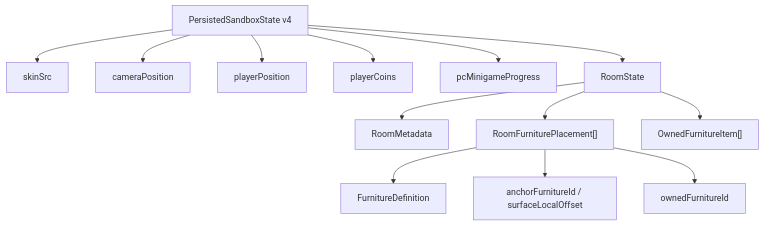
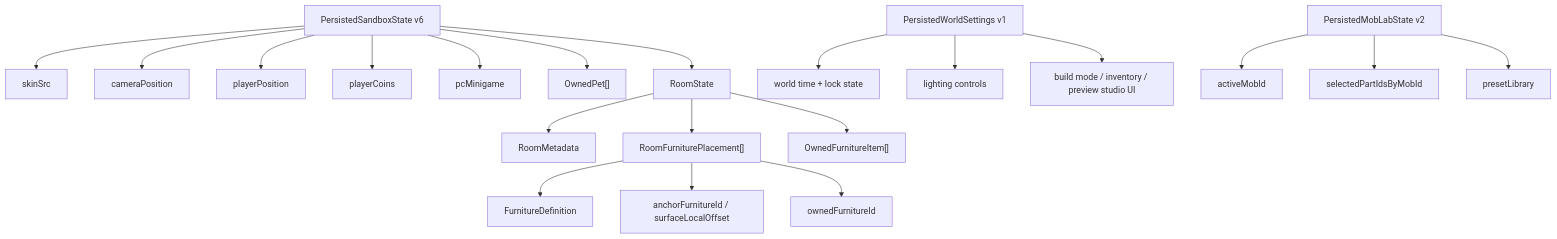
Before and after one commit to Erlavush/FAHHH: the second of 6 diagrams in docs/DIAGRAMS.md, drawn with Mermaid. The commit also changed other lines of this file and 78 other files, not shown here.

````diff
--- a/docs/DIAGRAMS.md
+++ b/docs/DIAGRAMS.md
@@ -27,17 +33,26 @@
 ```mermaid
 flowchart TD
-  Sandbox["PersistedSandboxState v4"] --> Skin["skinSrc"]
+  Sandbox["PersistedSandboxState v6"] --> Skin["skinSrc"]
   Sandbox --> Camera["cameraPosition"]
   Sandbox --> Player["playerPosition"]
   Sandbox --> Coins["playerCoins"]
-  Sandbox --> Pc["pcMinigameProgress"]
+  Sandbox --> Pc["pcMinigame"]
+  Sandbox --> Pets["OwnedPet[]"]
   Sandbox --> Room["RoomState"]
 
   Room --> Meta["RoomMetadata"]
   Room --> Placements["RoomFurniturePlacement[]"]
   Room --> Owned["OwnedFurnitureItem[]"]
 
   Placements --> Registry["FurnitureDefinition"]
   Placements --> Anchor["anchorFurnitureId / surfaceLocalOffset"]
   Placements --> OwnershipRef["ownedFurnitureId"]
+
+  WorldSettings["PersistedWorldSettings v1"] --> Clock["world time + lock state"]
+  WorldSettings --> Lighting["lighting controls"]
+  WorldSettings --> Ui["build mode / inventory / preview studio UI"]
+
+  MobState["PersistedMobLabState v2"] --> ActiveMob["activeMobId"]
+  MobState --> SelectedPart["selectedPartIdsByMobId"]
+  MobState --> Library["presetLibrary"]
 ```
````
